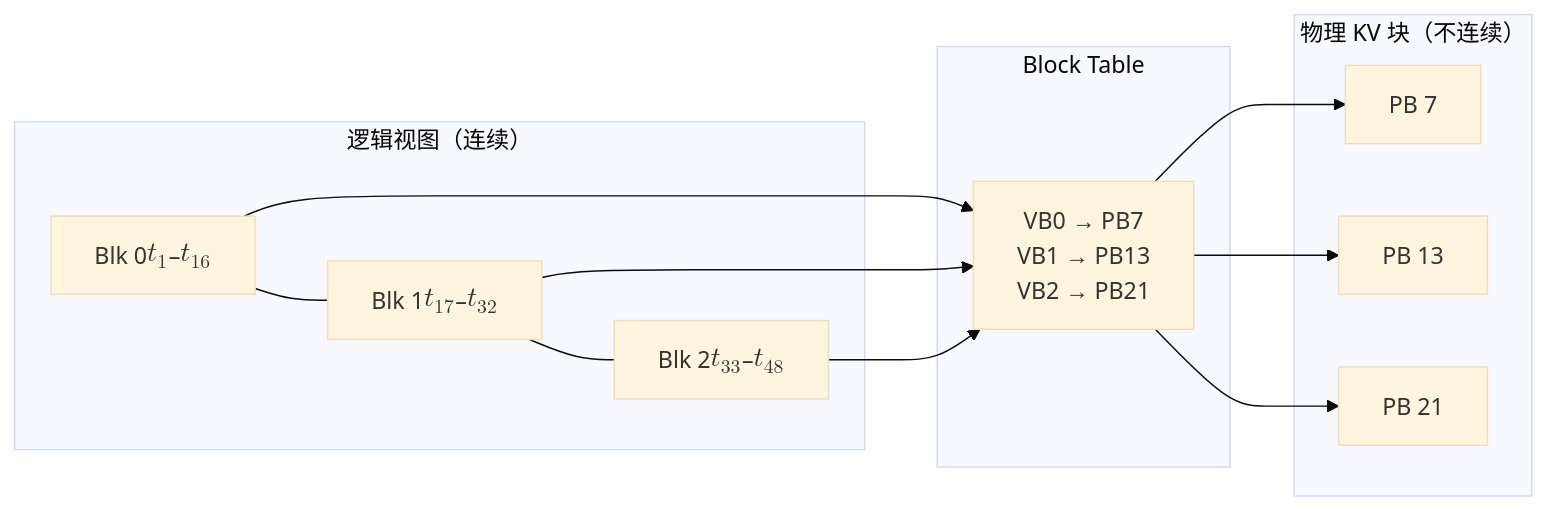
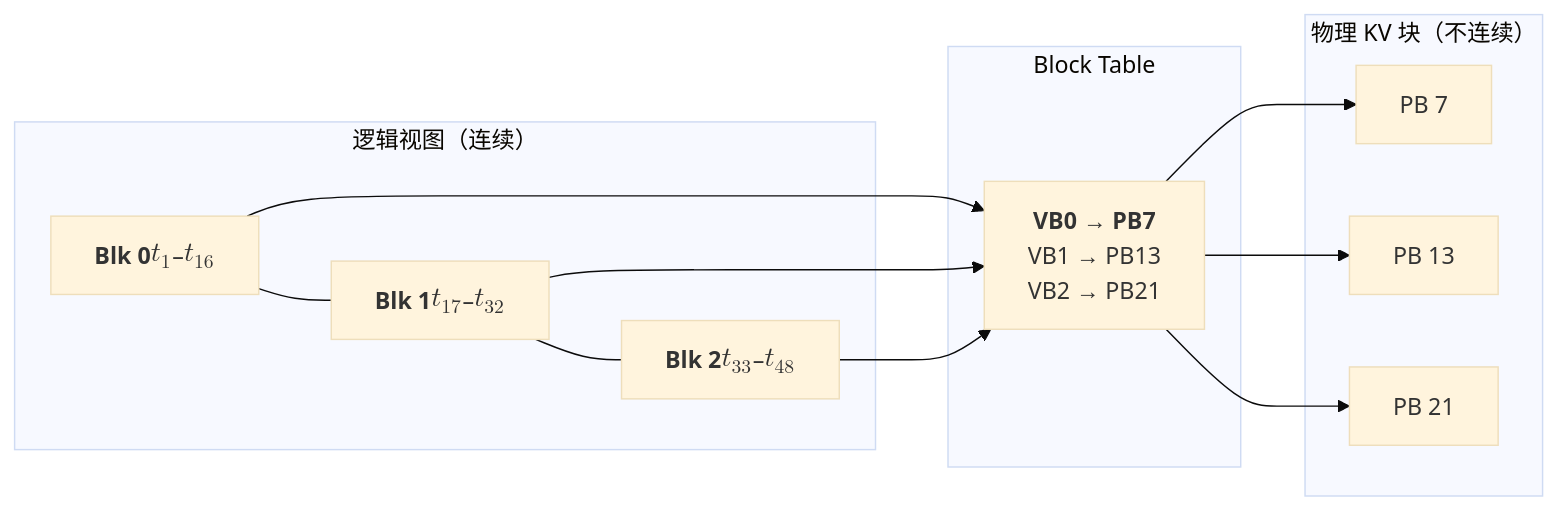
The first of 3 diagrams in _posts/2026-08-16-kv-cache-memory-core.md (arganzheng/arganzheng.github.com), drawn with Mermaid (base theme) before and after one commit. The commit also changed other lines of this file and 14 other files, not shown here.

First line of the commit message:
大模型推理系统揭秘：从 vLLM 看 LLM Serving Infra 核心技术：Mermaid 多行方框的首行标为标题（15 篇）

````diff
--- a/_posts/2026-08-16-kv-cache-memory-core.md
+++ b/_posts/2026-08-16-kv-cache-memory-core.md
@@ -82,19 +82,19 @@
 ```mermaid
 %% 图：页表思想的映射：逻辑块连续，Block Table 把它们映到不连续的物理 KV 块
 graph LR
     subgraph LOG["逻辑视图（连续）"]
-        B0["Blk 0<br/>$$t_1$$–$$t_{16}$$"] --- B1["Blk 1<br/>$$t_{17}$$–$$t_{32}$$"] --- B2["Blk 2<br/>$$t_{33}$$–$$t_{48}$$"]
+        B0["<b>Blk 0</b><br/>$$t_1$$–$$t_{16}$$"] --- B1["<b>Blk 1</b><br/>$$t_{17}$$–$$t_{32}$$"] --- B2["<b>Blk 2</b><br/>$$t_{33}$$–$$t_{48}$$"]
     end
     subgraph BT["Block Table"]
-        T["VB0 → PB7<br/>VB1 → PB13<br/>VB2 → PB21"]
+        T["<b>VB0 → PB7</b><br/>VB1 → PB13<br/>VB2 → PB21"]
     end
     subgraph PHY["物理 KV 块（不连续）"]
         P7["PB 7"]
         P13["PB 13"]
         P21["PB 21"]
     end
     B0 --> T
     B1 --> T
     B2 --> T
     T --> P7 & P13 & P21
 ```
````
